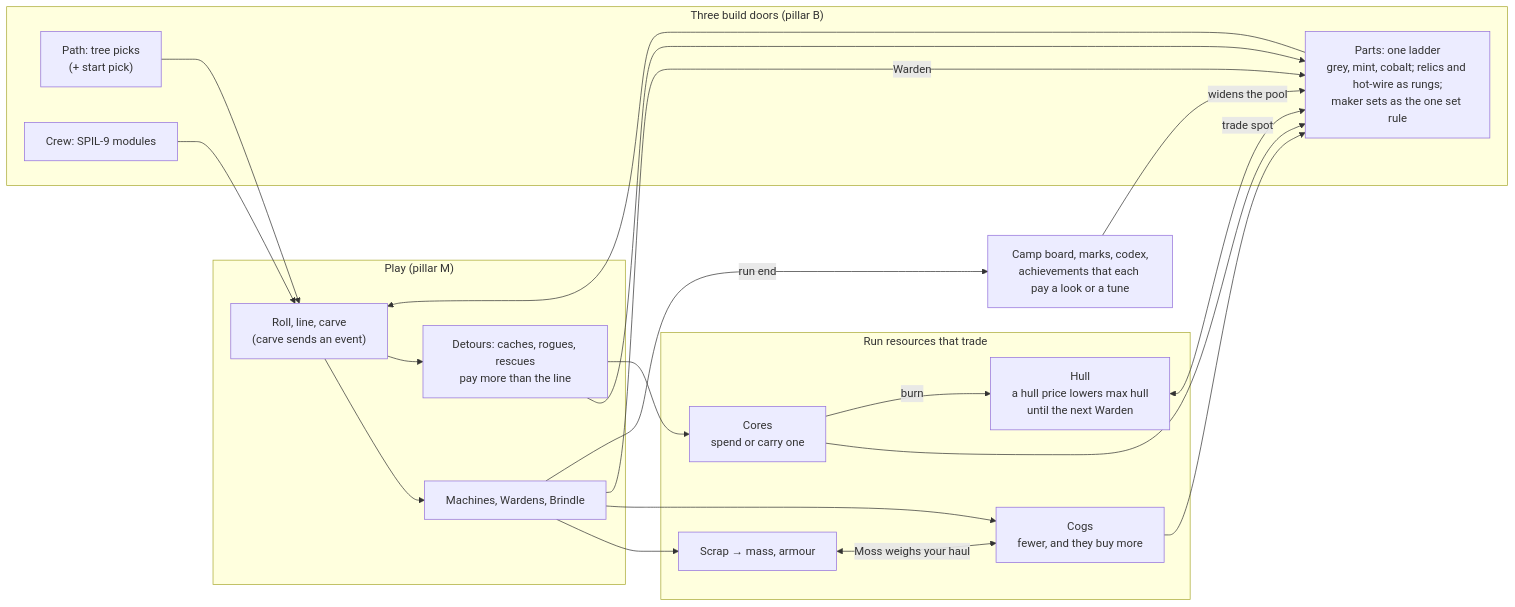
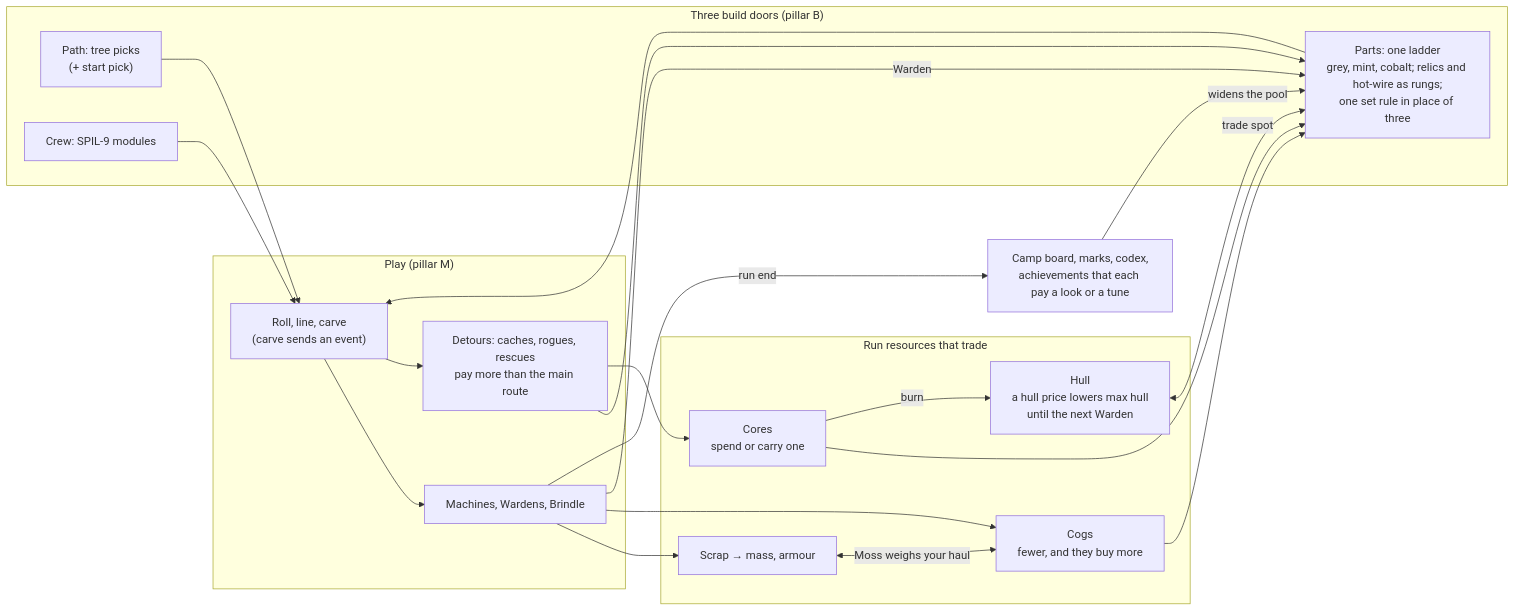
One commit to bananahana720/scrapkeep changed the second of 2 diagrams in docs/systems-audit/systems-map.md. Above: the diagram before and after it, drawn with Mermaid. The commit also changed other lines of this file and 3 other files, not shown here.

````diff
--- a/docs/systems-audit/systems-map.md
+++ b/docs/systems-audit/systems-map.md
@@ -98,34 +100,34 @@
 ```mermaid
 flowchart LR
   subgraph Play["Play (pillar M)"]
     ROLL["Roll, line, carve<br/>(carve sends an event)"]
     FIGHT["Machines, Wardens, Brindle"]
-    DETOUR["Detours: caches, rogues, rescues<br/>pay more than the line"]
+    DETOUR["Detours: caches, rogues, rescues<br/>pay more than the main route"]
   end
   subgraph Res["Run resources that trade"]
     HULL["Hull<br/>a hull price lowers max hull<br/>until the next Warden"]
     SCRAP["Scrap → mass, armour"]
     COGS["Cogs<br/>fewer, and they buy more"]
     CORES["Cores<br/>spend or carry one"]
   end
   subgraph Build["Three build doors (pillar B)"]
     PATH["Path: tree picks<br/>(+ start pick)"]
-    PARTS["Parts: one ladder<br/>grey, mint, cobalt; relics and hot-wire as rungs;<br/>maker sets as the one set rule"]
+    PARTS["Parts: one ladder<br/>grey, mint, cobalt; relics and hot-wire as rungs;<br/>one set rule in place of three"]
     CREW["Crew: SPIL-9 modules"]
   end
   META["Camp board, marks, codex,<br/>achievements that each pay a look or a tune"]
 
   ROLL --> FIGHT
   ROLL --> DETOUR
   FIGHT --> SCRAP & COGS
   DETOUR --> PARTS & CORES
   FIGHT -->|Warden| PARTS
   HULL <-->|trade spot| PARTS
   SCRAP <-->|Moss weighs your haul| COGS
   COGS --> PARTS
   CORES --> PARTS
   CORES -->|burn| HULL
   PATH & PARTS & CREW --> ROLL
   FIGHT -->|run end| META
   META -->|widens the pool| PARTS
 ```
````
